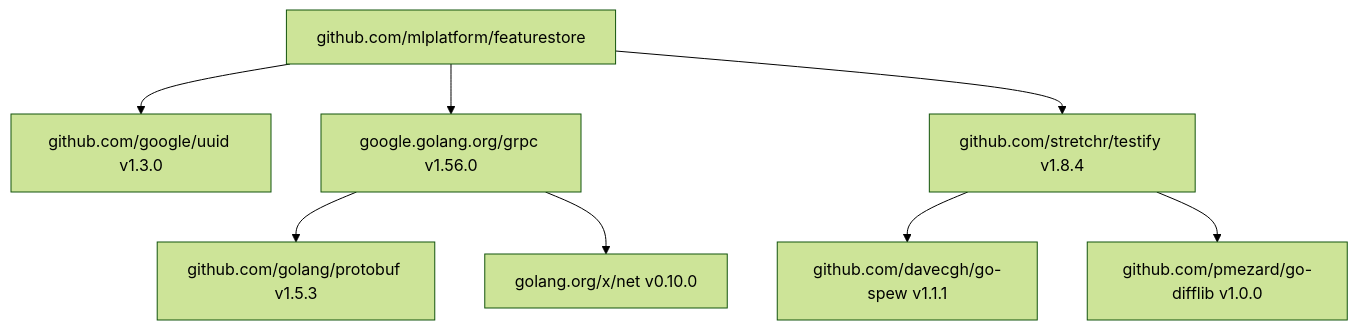
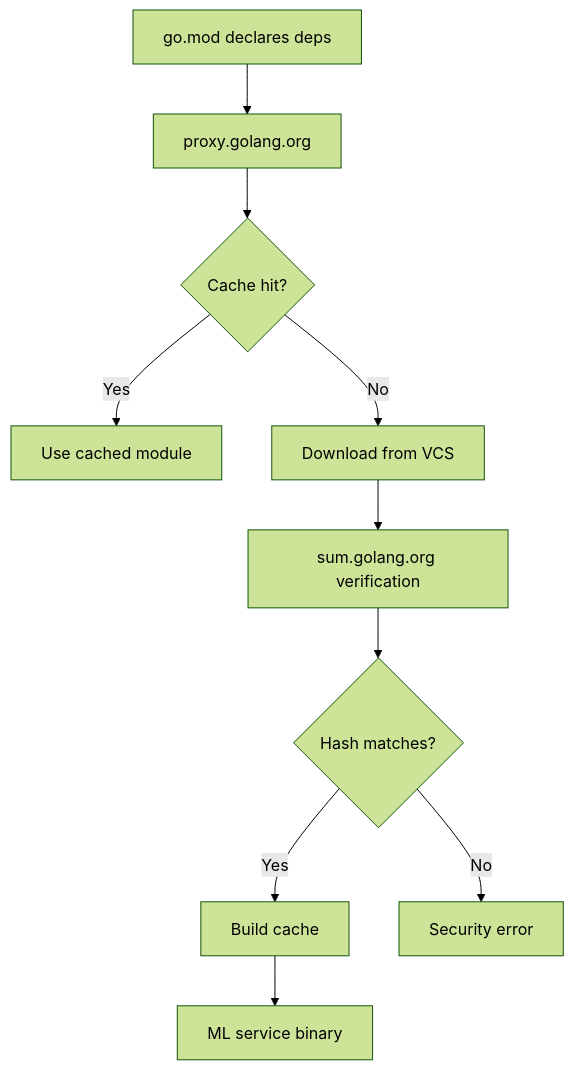
One commit to Leito2/Learning changed the second of 2 diagrams in Software Engineering/Go Engineering/01 - Go Fundamentals/06 - Modules, Packages, and Tooling.md. Above: the diagram before and after it, drawn with Mermaid (forest theme). The commit also changed other lines of this file and 10 other files, not shown here.

Commit message:
feat: improve Go Fundamentals with deeper theory, ASCII diagrams, ML context (4179 lines total)

````diff
--- a/Software Engineering/Go Engineering/01 - Go Fundamentals/06 - Modules, Packages, and Tooling.md
+++ b/Software Engineering/Go Engineering/01 - Go Fundamentals/06 - Modules, Packages, and Tooling.md
@@ -181,10 +132,12 @@
 ```mermaid
 flowchart TD
-    A[github.com/mlplatform/featurestore] --> B[github.com/google/uuid v1.3.0]
-    A --> C[google.golang.org/grpc v1.56.0]
-    C --> D[github.com/golang/protobuf v1.5.3]
-    C --> E[golang.org/x/net v0.10.0]
-    A --> F[github.com/stretchr/testify v1.8.4]
-    F --> G[github.com/davecgh/go-spew v1.1.1]
-    F --> H[github.com/pmezard/go-difflib v1.0.0]
+    A[go.mod declares deps] --> B[proxy.golang.org]
+    B --> C{Cache hit?}
+    C -->|Yes| D[Use cached module]
+    C -->|No| E[Download from VCS]
+    E --> F[sum.golang.org verification]
+    F --> G{Hash matches?}
+    G -->|Yes| H[Build cache]
+    G -->|No| I[Security error]
+    H --> J[ML service binary]
 ```
````
